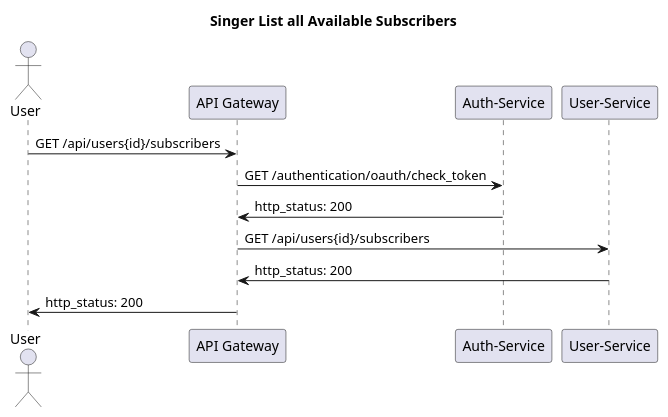
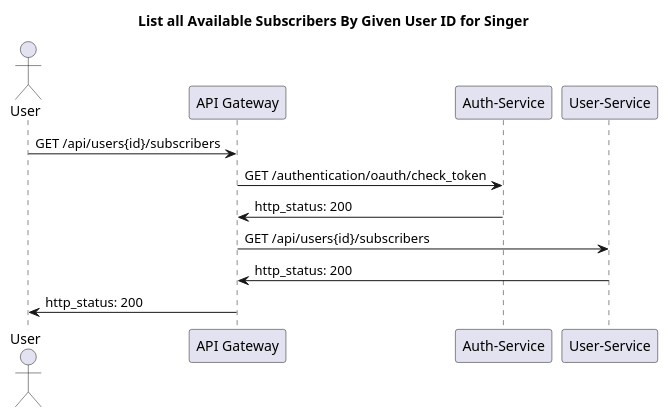
One commit to PheaSoy/java-microservice-completed-solution changed the diagram in sequence-diagram/singer-list-all-subscribers.wsd. Above: the diagram before and after it, drawn with PlantUML. The commit also changed 16 other files, not shown here.

```diff
--- a/sequence-diagram/singer-list-all-subscribers.wsd
+++ b/sequence-diagram/singer-list-all-subscribers.wsd
@@ -1,13 +1,13 @@
 @startuml
-    title : Singer List all Available Subscribers
+    title :  List all Available Subscribers By Given User ID for Singer
     actor "User" as user
     participant "API Gateway" as api_gw
     participant "Auth-Service" as auth
     participant "User-Service" as user_service
     user -> api_gw: GET /api/users{id}/subscribers
     api_gw -> auth: GET /authentication/oauth/check_token
     api_gw <- auth: http_status: 200
     api_gw -> user_service: GET /api/users{id}/subscribers
     api_gw <- user_service: http_status: 200
     user <- api_gw: http_status: 200
 @enduml
```
